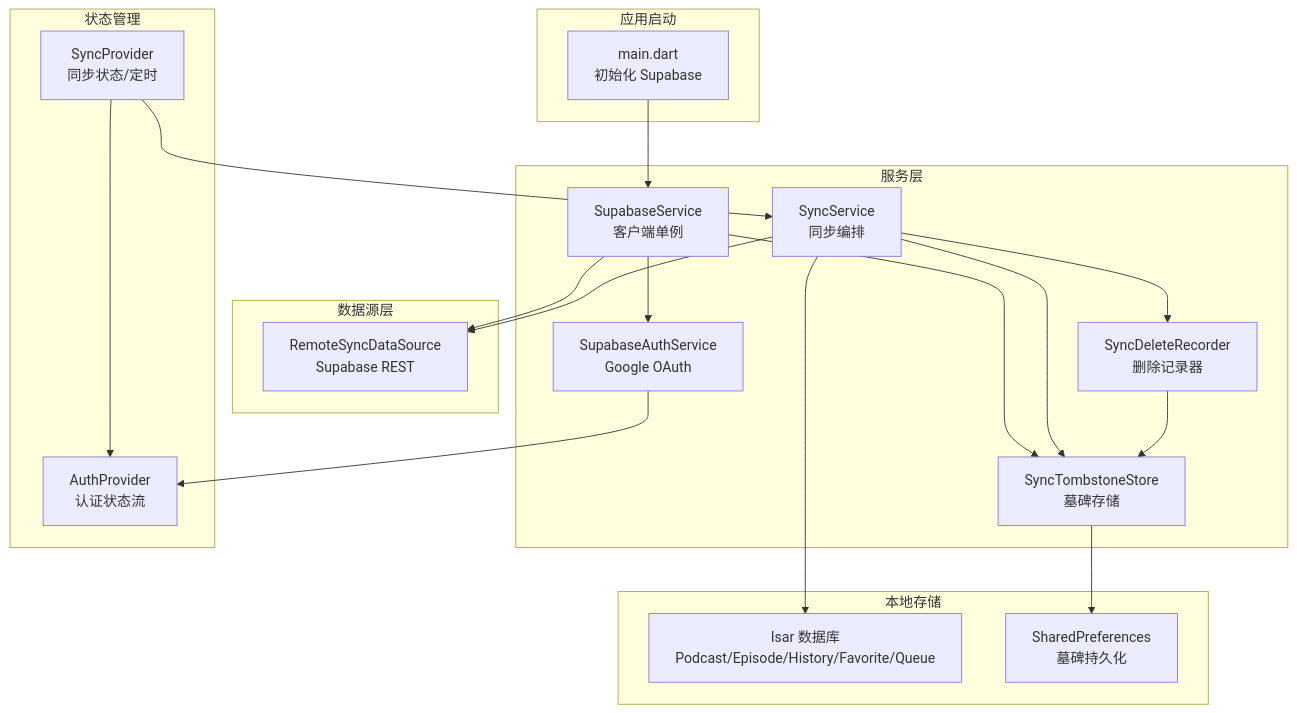
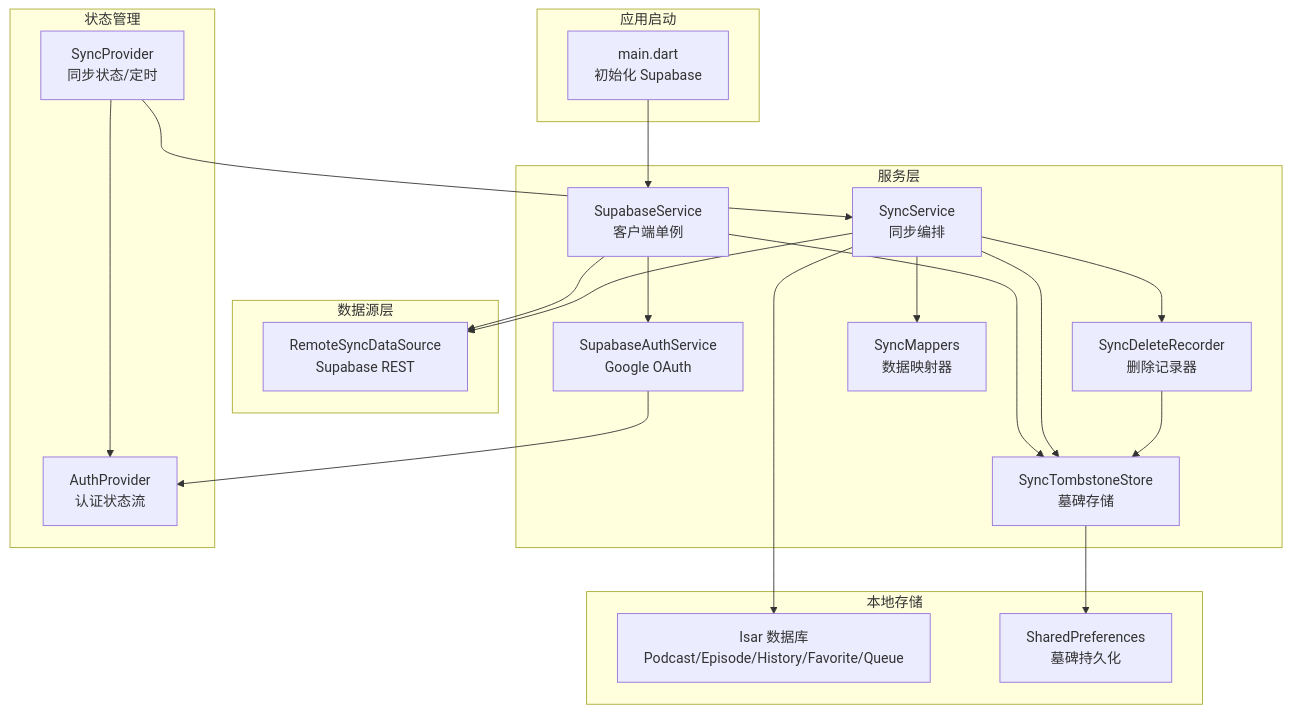
The first of 7 diagrams in .qoder/repowiki/zh/content/核心功能模块/云同步功能.md (ZTfer/Tinycast), drawn with Mermaid before and after one commit. The commit also changed other lines of this file and 4 other files, not shown here.

````diff
--- a/.qoder/repowiki/zh/content/核心功能模块/云同步功能.md
+++ b/.qoder/repowiki/zh/content/核心功能模块/云同步功能.md
@@ -50,37 +54,39 @@
 ```mermaid
 graph TB
 subgraph "应用启动"
 Main["main.dart<br/>初始化 Supabase"]
 end
 subgraph "服务层"
 SupabaseSvc["SupabaseService<br/>客户端单例"]
 AuthSvc["SupabaseAuthService<br/>Google OAuth"]
 SyncSvc["SyncService<br/>同步编排"]
 DeleteRecorder["SyncDeleteRecorder<br/>删除记录器"]
 TombstoneStore["SyncTombstoneStore<br/>墓碑存储"]
+Mappers["SyncMappers<br/>数据映射器"]
 end
 subgraph "数据源层"
 RemoteDS["RemoteSyncDataSource<br/>Supabase REST"]
 end
 subgraph "状态管理"
 AuthProv["AuthProvider<br/>认证状态流"]
 SyncProv["SyncProvider<br/>同步状态/定时"]
 end
 subgraph "本地存储"
 IsarDB["Isar 数据库<br/>Podcast/Episode/History/Favorite/Queue"]
 Prefs["SharedPreferences<br/>墓碑持久化"]
 end
 Main --> SupabaseSvc
 SupabaseSvc --> AuthSvc
 SupabaseSvc --> RemoteDS
 SupabaseSvc --> TombstoneStore
 AuthSvc --> AuthProv
 SyncSvc --> RemoteDS
 SyncSvc --> IsarDB
 SyncSvc --> DeleteRecorder
 SyncSvc --> TombstoneStore
+SyncSvc --> Mappers
 DeleteRecorder --> TombstoneStore
 TombstoneStore --> Prefs
 SyncProv --> SyncSvc
 SyncProv --> AuthProv
 ```
````
